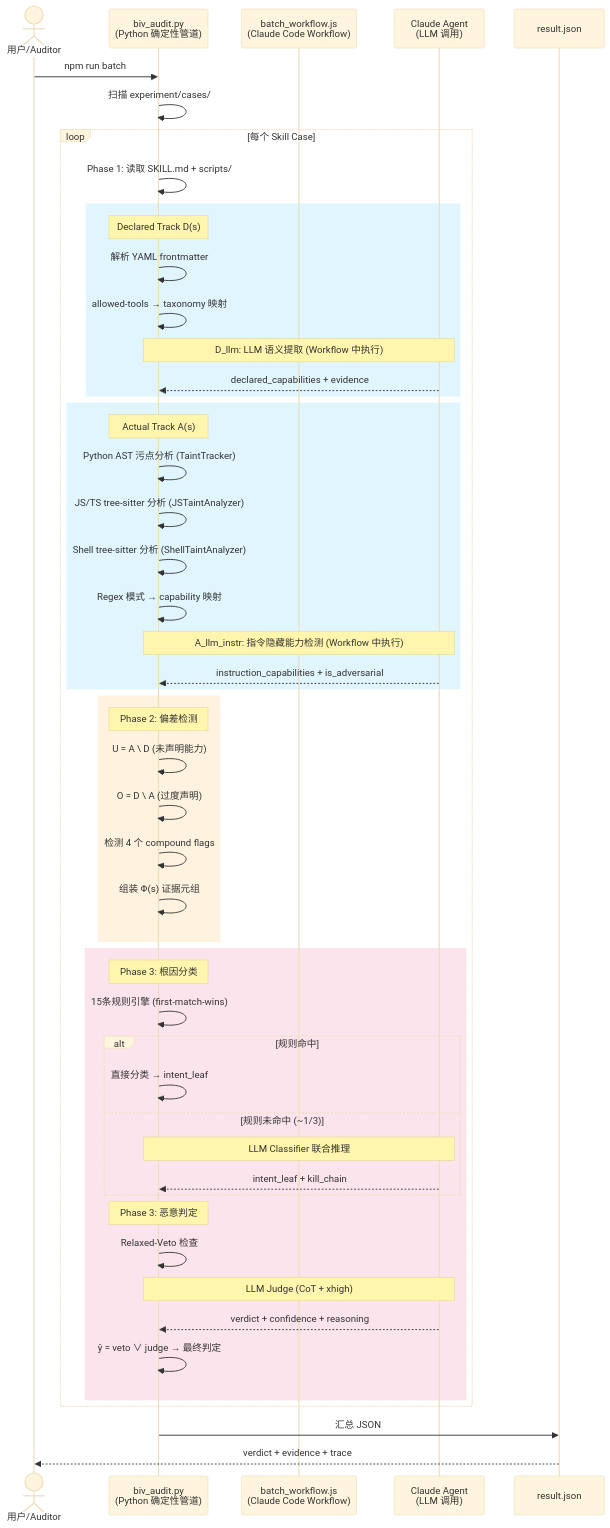
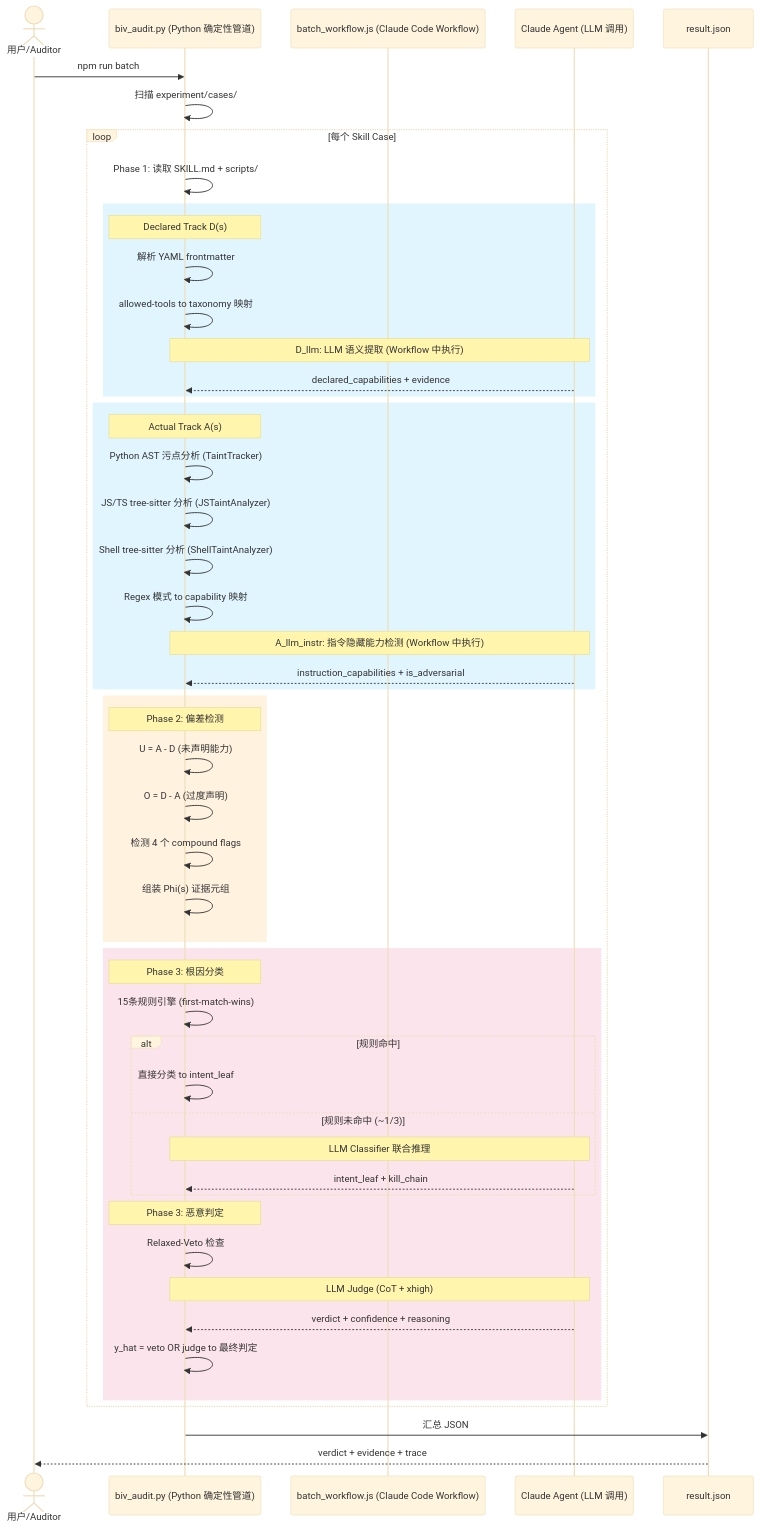
The second of 7 diagrams in docs/BIV-SYSTEM-DOCS.md (auto-water/BIVMSA), drawn with Mermaid (base theme) before and after one commit. The commit also changed other lines of this file, not shown here.

First line of the commit message:
docs: fix all mermaid syntax errors in system documentation

````diff
--- a/docs/BIV-SYSTEM-DOCS.md
+++ b/docs/BIV-SYSTEM-DOCS.md
@@ -75,61 +75,61 @@
 ```mermaid
 sequenceDiagram
     actor User as 用户/Auditor
-    participant CLI as biv_audit.py<br/>(Python 确定性管道)
-    participant WF as batch_workflow.js<br/>(Claude Code Workflow)
-    participant Agent as Claude Agent<br/>(LLM 调用)
+    participant CLI as biv_audit.py (Python 确定性管道)
+    participant WF as batch_workflow.js (Claude Code Workflow)
+    participant Agent as Claude Agent (LLM 调用)
     participant Output as result.json
 
     User->>CLI: npm run batch
     CLI->>CLI: 扫描 experiment/cases/
-    
+
     loop 每个 Skill Case
         CLI->>CLI: Phase 1: 读取 SKILL.md + scripts/
-        
+
         rect rgb(225, 245, 254)
             Note over CLI: Declared Track D(s)
             CLI->>CLI: 解析 YAML frontmatter
-            CLI->>CLI: allowed-tools → taxonomy 映射
+            CLI->>CLI: allowed-tools to taxonomy 映射
             Note over CLI,Agent: D_llm: LLM 语义提取 (Workflow 中执行)
             Agent-->>CLI: declared_capabilities + evidence
         end
-        
+
         rect rgb(225, 245, 254)
             Note over CLI: Actual Track A(s)
             CLI->>CLI: Python AST 污点分析 (TaintTracker)
             CLI->>CLI: JS/TS tree-sitter 分析 (JSTaintAnalyzer)
             CLI->>CLI: Shell tree-sitter 分析 (ShellTaintAnalyzer)
-            CLI->>CLI: Regex 模式 → capability 映射
+            CLI->>CLI: Regex 模式 to capability 映射
             Note over CLI,Agent: A_llm_instr: 指令隐藏能力检测 (Workflow 中执行)
             Agent-->>CLI: instruction_capabilities + is_adversarial
         end
-        
+
         rect rgb(255, 243, 224)
             Note over CLI: Phase 2: 偏差检测
-            CLI->>CLI: U = A \ D (未声明能力)
-            CLI->>CLI: O = D \ A (过度声明)
+            CLI->>CLI: U = A - D (未声明能力)
+            CLI->>CLI: O = D - A (过度声明)
             CLI->>CLI: 检测 4 个 compound flags
-            CLI->>CLI: 组装 Φ(s) 证据元组
+            CLI->>CLI: 组装 Phi(s) 证据元组
         end
-        
+
         rect rgb(252, 228, 236)
             Note over CLI: Phase 3: 根因分类
             CLI->>CLI: 15条规则引擎 (first-match-wins)
             alt 规则命中
-                CLI->>CLI: 直接分类 → intent_leaf
+                CLI->>CLI: 直接分类 to intent_leaf
             else 规则未命中 (~1/3)
                 Note over CLI,Agent: LLM Classifier 联合推理
                 Agent-->>CLI: intent_leaf + kill_chain
             end
-            
+
             Note over CLI: Phase 3: 恶意判定
             CLI->>CLI: Relaxed-Veto 检查
             Note over CLI,Agent: LLM Judge (CoT + xhigh)
             Agent-->>CLI: verdict + confidence + reasoning
-            CLI->>CLI: ŷ = veto ∨ judge → 最终判定
+            CLI->>CLI: y_hat = veto OR judge to 最终判定
         end
     end
-    
+
     CLI->>Output: 汇总 JSON
     Output-->>User: verdict + evidence + trace
 ```
````
